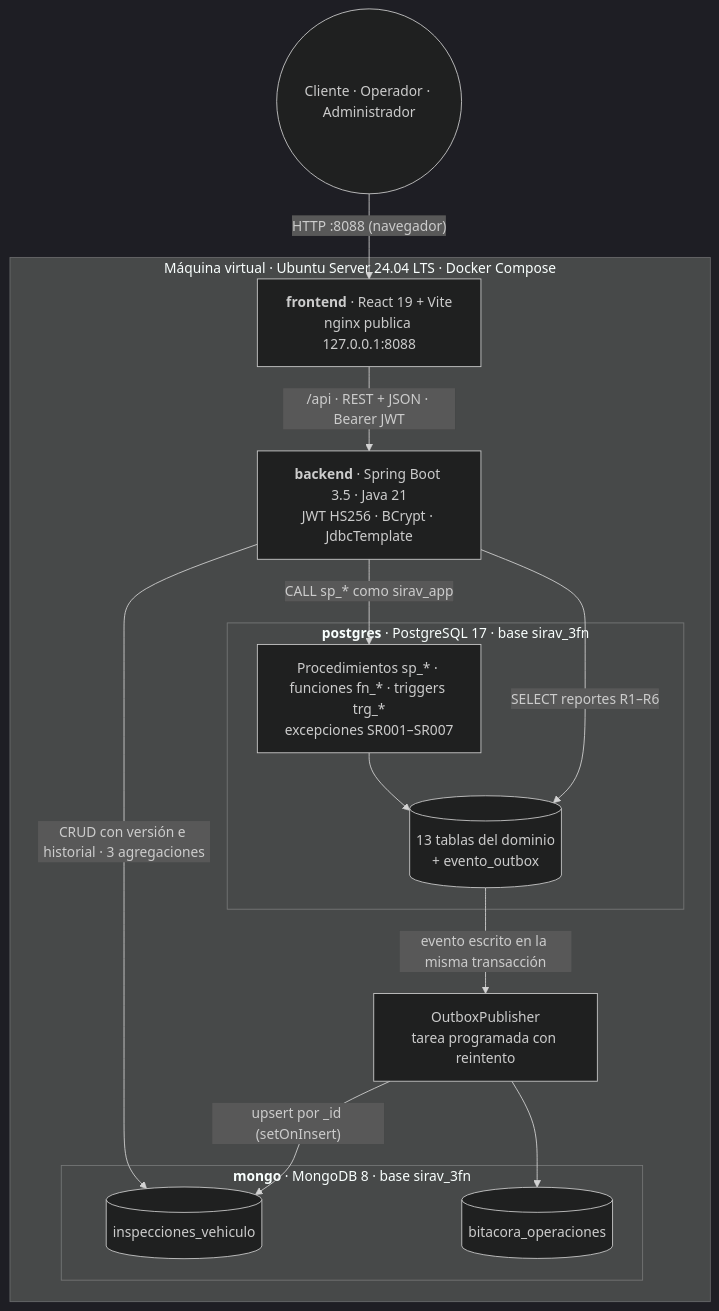
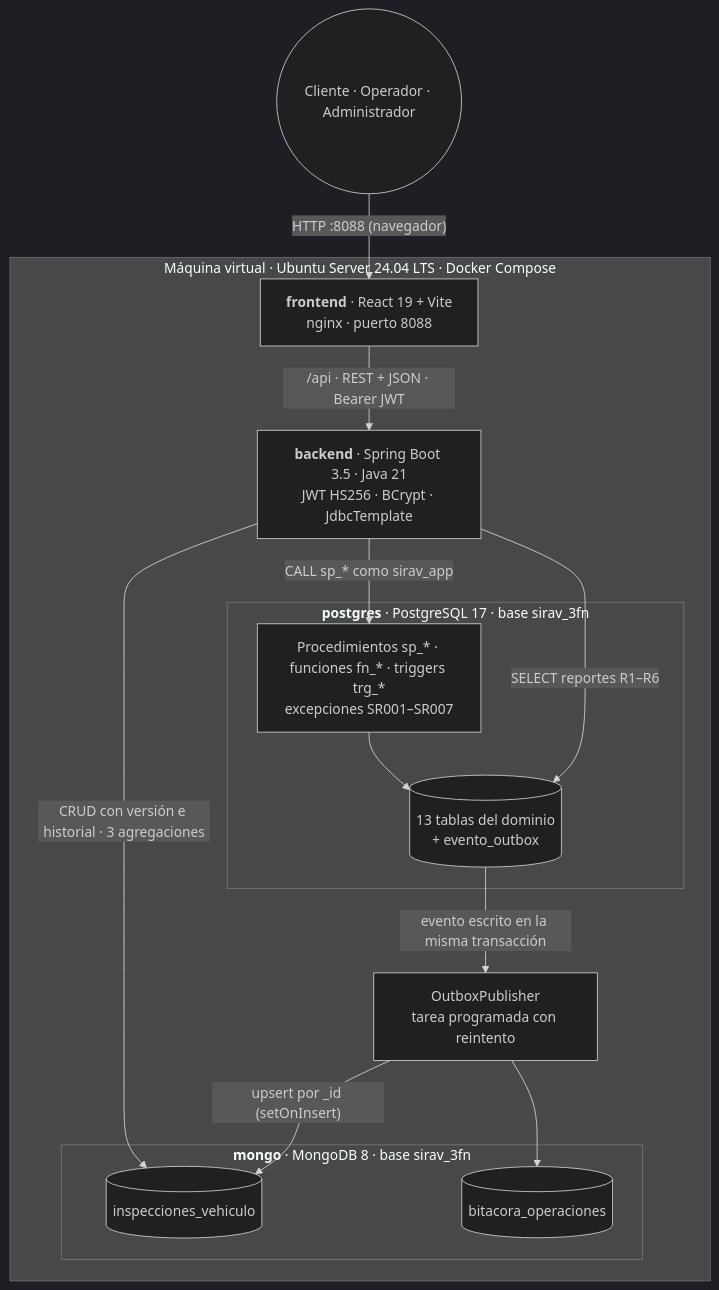
Before and after one commit to DavidBejarano309/SIRAV: the diagram in docs/diagramas/fuentes/arquitectura.mmd, drawn with Mermaid (dark theme). The commit also changed 13 other files, not shown here.

```diff
--- a/docs/diagramas/fuentes/arquitectura.mmd
+++ b/docs/diagramas/fuentes/arquitectura.mmd
@@ -1,24 +1,24 @@
 flowchart TB
   U(("Cliente · Operador · Administrador"))
   subgraph VM["Máquina virtual · Ubuntu Server 24.04 LTS · Docker Compose"]
-    UI["<b>frontend</b> · React 19 + Vite<br/>nginx publica 127.0.0.1:8088"]
+    UI["<b>frontend</b> · React 19 + Vite<br/>nginx · puerto 8088"]
     API["<b>backend</b> · Spring Boot 3.5 · Java 21<br/>JWT HS256 · BCrypt · JdbcTemplate"]
     subgraph PGS["<b>postgres</b> · PostgreSQL 17 · base sirav_3fn"]
       SP["Procedimientos sp_* · funciones fn_* · triggers trg_*<br/>excepciones SR001–SR007"]
       T[("13 tablas del dominio<br/>+ evento_outbox")]
     end
     PUB["OutboxPublisher<br/>tarea programada con reintento"]
     subgraph MGS["<b>mongo</b> · MongoDB 8 · base sirav_3fn"]
       INS[("inspecciones_vehiculo")]
       BIT[("bitacora_operaciones")]
     end
   end
   U -->|"HTTP :8088 (navegador)"| UI
   UI -->|"/api · REST + JSON · Bearer JWT"| API
   API -->|"CALL sp_* como sirav_app"| SP
   API -->|"SELECT reportes R1–R6"| T
   SP --> T
   T -->|"evento escrito en la misma transacción"| PUB
   PUB -->|"upsert por _id (setOnInsert)"| INS
   PUB --> BIT
   API -->|"CRUD con versión e historial · 3 agregaciones"| INS
```
